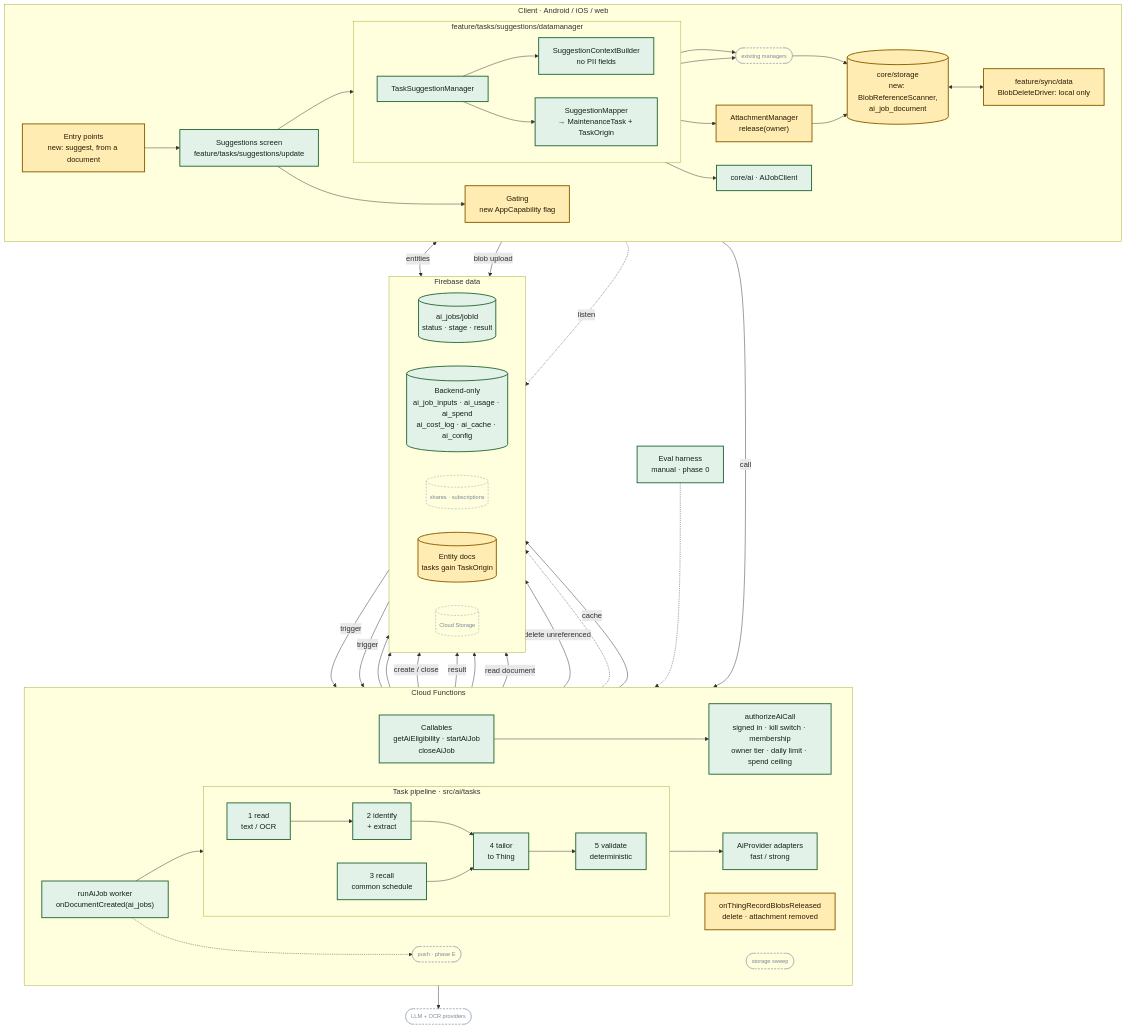
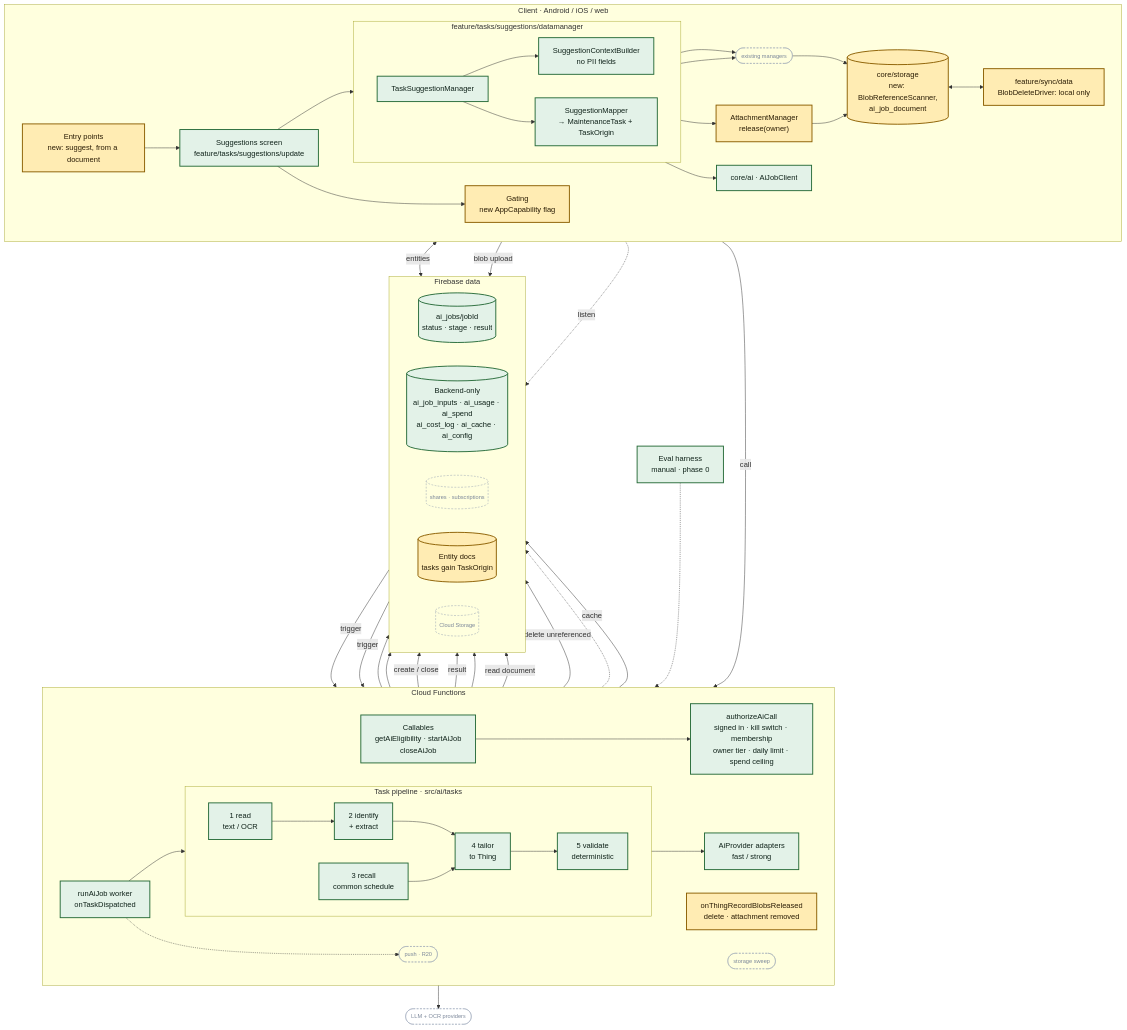
One commit to fz172/squawkit changed the diagram in docs/ai/task_population_design.md. Above: the diagram before and after it, drawn with Mermaid. The commit also changed other lines of this file and 13 other files, not shown here.

```diff
--- a/docs/ai/task_population_design.md
+++ b/docs/ai/task_population_design.md
@@ -63,7 +63,7 @@
     direction LR
     Callables["Callables<br/>getAiEligibility · startAiJob<br/>closeAiJob"]
     Auth["authorizeAiCall<br/>signed in · kill switch · membership<br/>owner tier · daily limit · spend ceiling"]
-    Worker["runAiJob worker<br/>onDocumentCreated(ai_jobs)"]
+    Worker["runAiJob worker<br/>onTaskDispatched"]
     subgraph Pipeline["Task pipeline · src/ai/tasks"]
       direction LR
       S1["1 read<br/>text / OCR"] --> S2["2 identify<br/>+ extract"]
@@ -75,7 +75,7 @@
     Prov["AiProvider adapters<br/>fast / strong"]
     Release["onThingRecordBlobsReleased<br/>delete · attachment removed"]
     Sweep(["storage sweep"])
-    Push(["push · phase E"])
+    Push(["push · R20"])
   end
 
   subgraph Data["Firebase data"]
```
